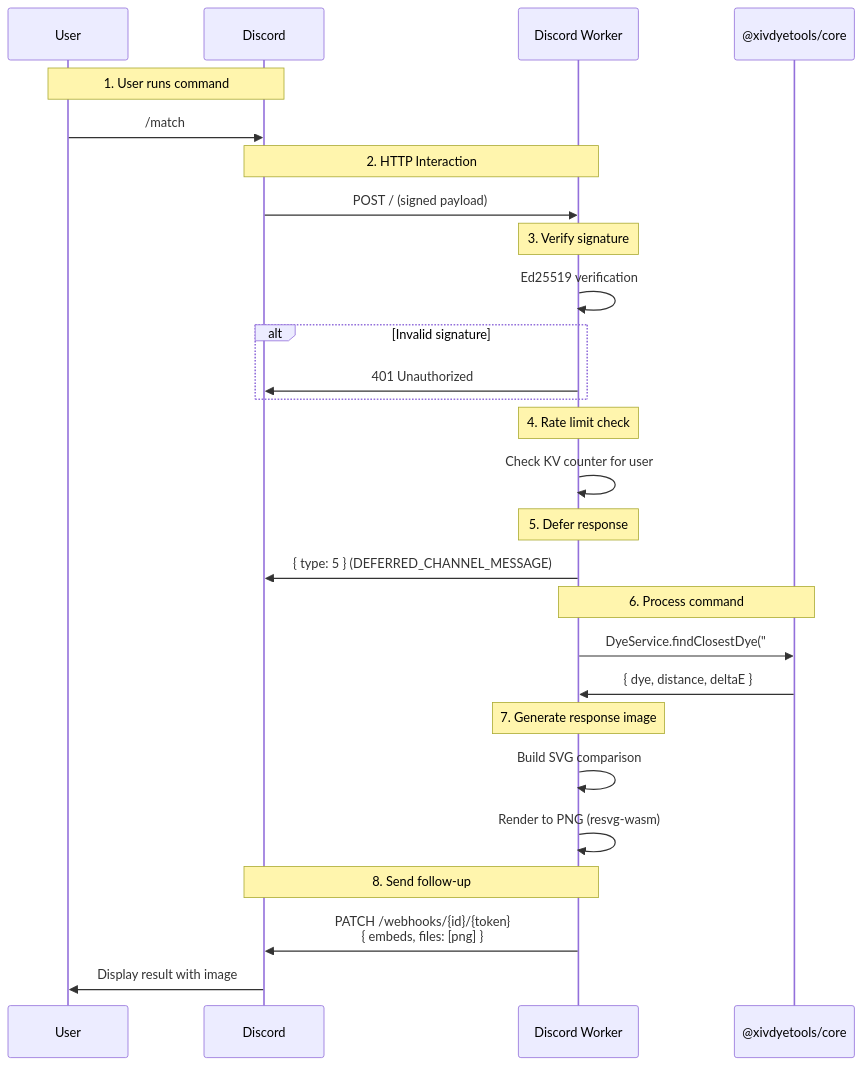
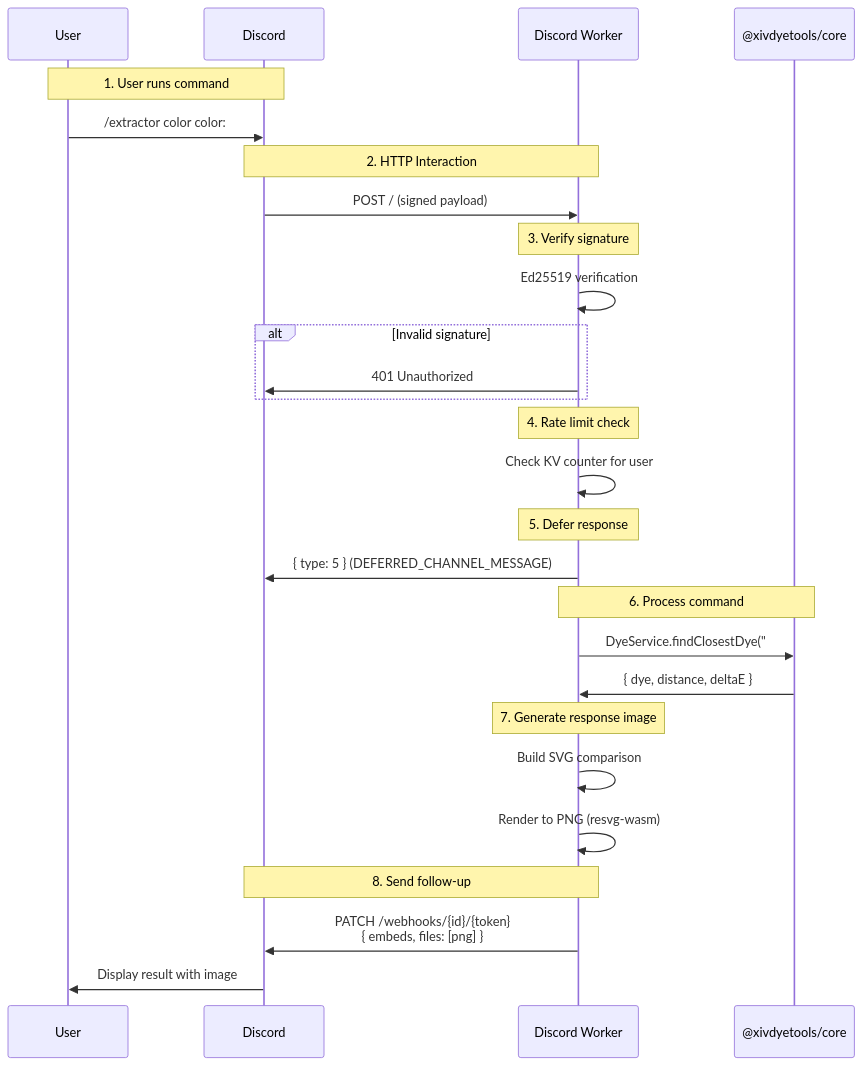
One commit to FlashGalatine/xivdyetools changed the sixth of 6 diagrams in docs/architecture/data-flow.md. Above: the diagram before and after it, drawn with Mermaid. The commit also changed other lines of this file and 88 other files, not shown here.

````diff
--- a/docs/architecture/data-flow.md
+++ b/docs/architecture/data-flow.md
@@ -306,38 +306,38 @@
 ```mermaid
 sequenceDiagram
     participant User
     participant Discord as Discord
     participant Worker as Discord Worker
     participant Core as @xivdyetools/core
 
     Note over User,Discord: 1. User runs command
-    User->>Discord: /match #FF6B6B
+    User->>Discord: /extractor color color:#FF6B6B
 
     Note over Discord,Worker: 2. HTTP Interaction
     Discord->>Worker: POST / (signed payload)
 
     Note over Worker: 3. Verify signature
     Worker->>Worker: Ed25519 verification
     alt Invalid signature
         Worker->>Discord: 401 Unauthorized
     end
 
     Note over Worker: 4. Rate limit check
     Worker->>Worker: Check KV counter for user
 
     Note over Worker: 5. Defer response
     Worker->>Discord: { type: 5 } (DEFERRED_CHANNEL_MESSAGE)
 
     Note over Worker,Core: 6. Process command
     Worker->>Core: DyeService.findClosestDye("#FF6B6B")
     Core->>Worker: { dye, distance, deltaE }
 
     Note over Worker: 7. Generate response image
     Worker->>Worker: Build SVG comparison
     Worker->>Worker: Render to PNG (resvg-wasm)
 
     Note over Worker,Discord: 8. Send follow-up
     Worker->>Discord: PATCH /webhooks/{id}/{token}<br/>{ embeds, files: [png] }
 
     Discord->>User: Display result with image
 ```
````
